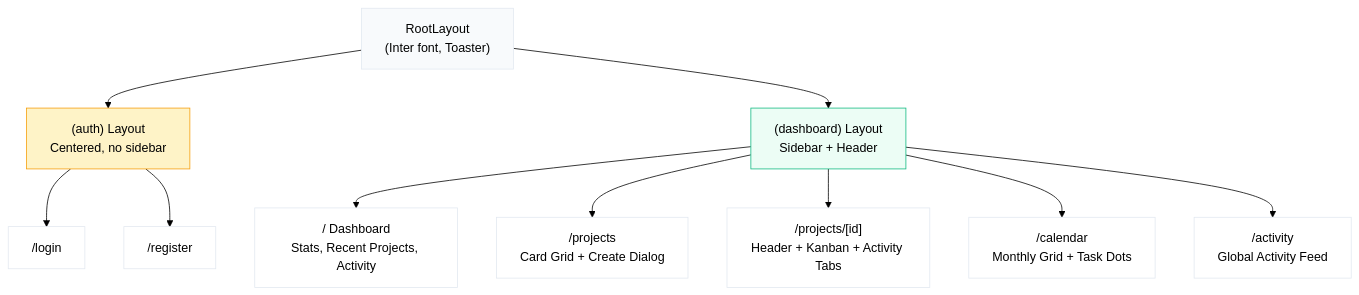
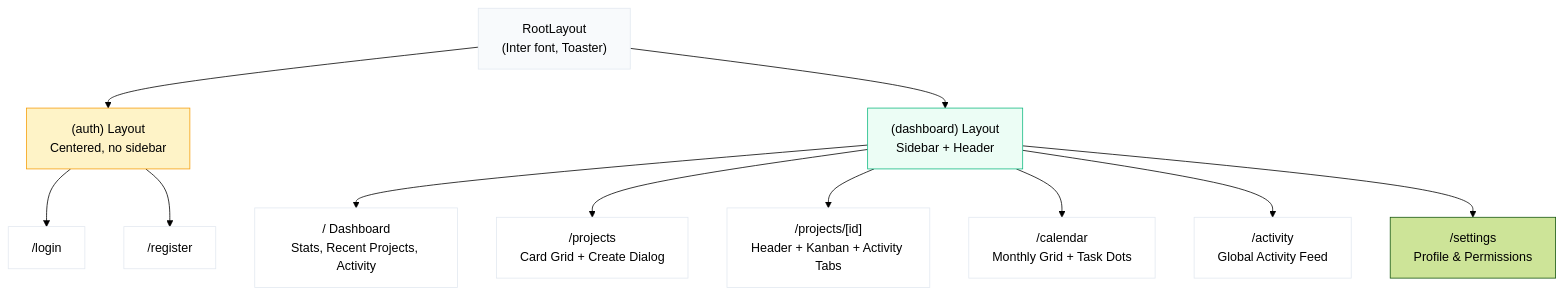
The fifth of 10 diagrams in docs/diagrams.md (akbarherekar/QIapp), drawn with Mermaid (forest theme) before and after one commit. The commit also changed other lines of this file and 27 other files, not shown here.

````diff
--- a/docs/diagrams.md
+++ b/docs/diagrams.md
@@ -202,27 +232,28 @@
 ```mermaid
 graph TD
     Root["RootLayout<br/>(Inter font, Toaster)"]
 
     Root --> AuthGroup["(auth) Layout<br/>Centered, no sidebar"]
     Root --> DashGroup["(dashboard) Layout<br/>Sidebar + Header"]
 
     AuthGroup --> Login["/login"]
     AuthGroup --> Register["/register"]
 
     DashGroup --> Dashboard["/ Dashboard<br/>Stats, Recent Projects, Activity"]
     DashGroup --> ProjectList["/projects<br/>Card Grid + Create Dialog"]
     DashGroup --> ProjectDetail["/projects/[id]<br/>Header + Kanban + Activity Tabs"]
     DashGroup --> Calendar["/calendar<br/>Monthly Grid + Task Dots"]
     DashGroup --> Activity["/activity<br/>Global Activity Feed"]
+    DashGroup --> Settings["/settings<br/>Profile & Permissions"]
 
     style Root fill:#f8fafc,stroke:#e2e8f0
     style AuthGroup fill:#fef3c7,stroke:#f59e0b
     style DashGroup fill:#ecfdf5,stroke:#10b981
     style Dashboard fill:#fff,stroke:#e2e8f0
     style ProjectList fill:#fff,stroke:#e2e8f0
     style ProjectDetail fill:#fff,stroke:#e2e8f0
     style Calendar fill:#fff,stroke:#e2e8f0
     style Activity fill:#fff,stroke:#e2e8f0
     style Login fill:#fff,stroke:#e2e8f0
     style Register fill:#fff,stroke:#e2e8f0
 ```
````
